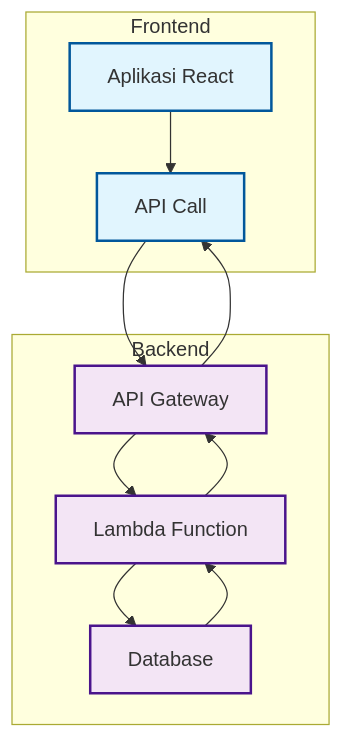
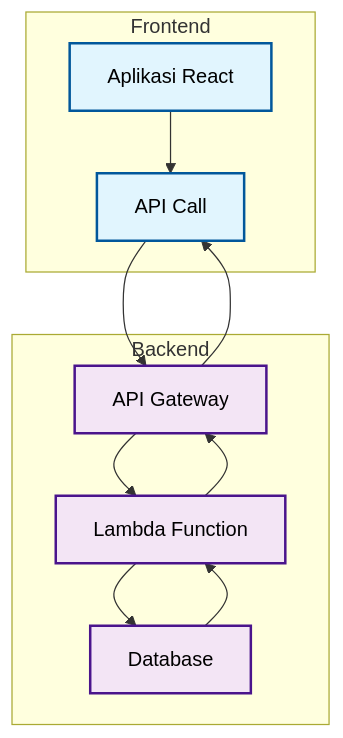
Before and after one commit to alsyauqi/docs: the fourth of 8 diagrams in flowcharts.mdx, drawn with Mermaid. The commit also changed other lines of this file, not shown here.

````diff
--- a/flowcharts.mdx
+++ b/flowcharts.mdx
@@ -64,22 +51,22 @@
 ```mermaid
 flowchart TB
-    classDef frontend fill:#e1f5fe,stroke:#01579b,stroke-width:2px
-    classDef backend fill:#f3e5f5,stroke:#4a148c,stroke-width:2px
+    classDef frontend fill:#e1f5fe,stroke:#01579b,stroke-width:2px, color:#000000
+    classDef backend fill:#f3e5f5,stroke:#4a148c,stroke-width:2px, color:#000000
     
     subgraph "Frontend"
         A[Aplikasi React] --> B[API Call]
     end
     
     subgraph "Backend"
         C[API Gateway] --> D[Lambda Function]
         D --> E[Database]
     end
     
     B --> C
     E --> D
     D --> C
     C --> B
     
     class A,B frontend
     class C,D,E backend
 ```
````
